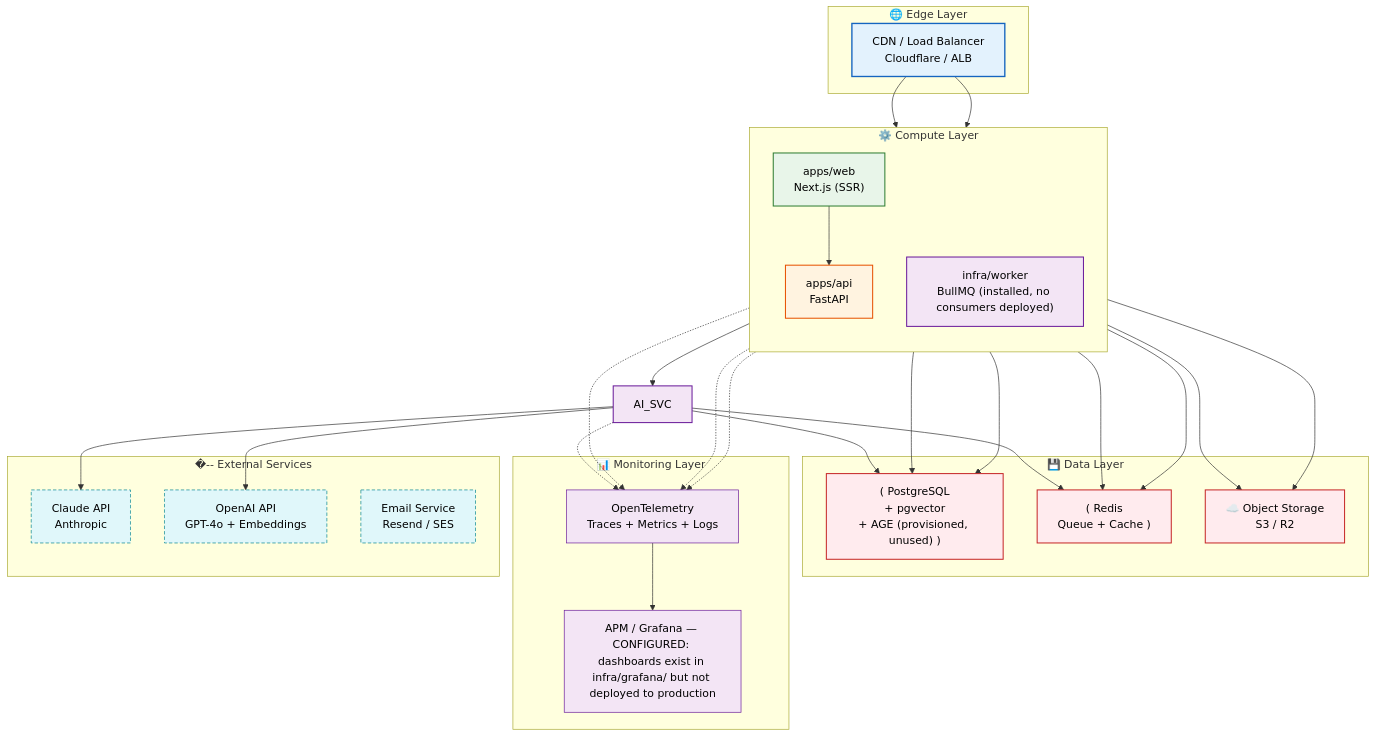
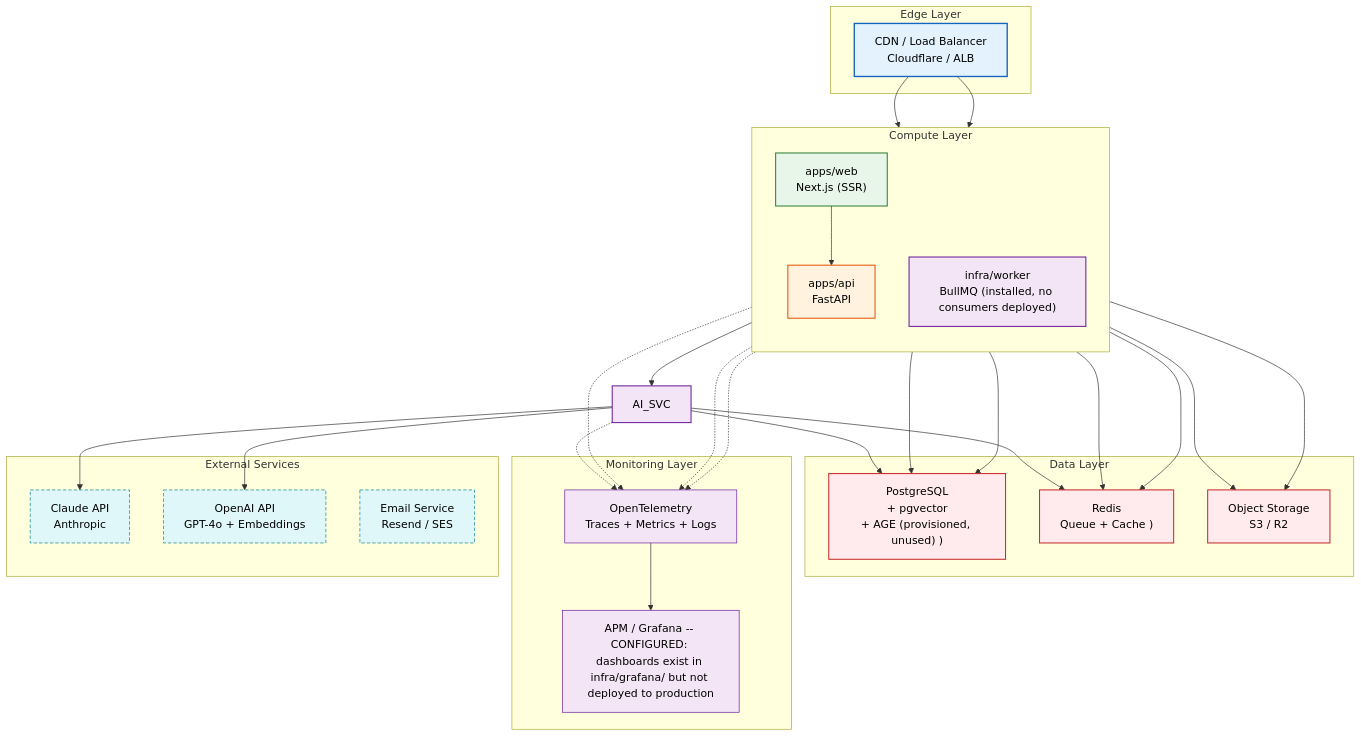
One commit to Driftloom/Vaeloom changed the diagram in docs/architecture/Infrastructure.md. Above: the diagram before and after it, drawn with Mermaid. The commit also changed other lines of this file and 694 other files, not shown here.

First line of the commit message:
docs: mermaid standardization — encoding/mermaid/duplicate cleanup

````diff
--- a/docs/architecture/Infrastructure.md
+++ b/docs/architecture/Infrastructure.md
@@ -8,57 +8,57 @@
 ```mermaid
 graph TD
-    classDef edge fill:#e3f2fd,stroke:#1565c0,color:#000,stroke-width:2px
-    classDef web fill:#e8f5e9,stroke:#2e7d32,color:#000,stroke-width:1.5px
-    classDef api fill:#fff3e0,stroke:#e65100,color:#000,stroke-width:1.5px
-    classDef ai fill:#f3e5f5,stroke:#6a1b9a,color:#000,stroke-width:1.5px
-    classDef infra fill:#ffebee,stroke:#c62828,color:#000,stroke-width:1.5px
-    classDef external fill:#e0f7fa,stroke:#00838f,color:#000,stroke-width:1px,stroke-dasharray: 5 3
-    classDef monitoring fill:#f3e5f5,stroke:#6a1b9a,color:#000,stroke-width:1px
+ classDef edge fill:#e3f2fd,stroke:#1565c0,color:#000,stroke-width:2px
+ classDef web fill:#e8f5e9,stroke:#2e7d32,color:#000,stroke-width:1.5px
+ classDef api fill:#fff3e0,stroke:#e65100,color:#000,stroke-width:1.5px
+ classDef ai fill:#f3e5f5,stroke:#6a1b9a,color:#000,stroke-width:1.5px
+ classDef infra fill:#ffebee,stroke:#c62828,color:#000,stroke-width:1.5px
+ classDef external fill:#e0f7fa,stroke:#00838f,color:#000,stroke-width:1px,stroke-dasharray: 5 3
+ classDef monitoring fill:#f3e5f5,stroke:#6a1b9a,color:#000,stroke-width:1px
 
-    subgraph Edge_layer["🌐 Edge Layer"]
-        LB["CDN / Load Balancer<br/>Cloudflare / ALB"]
-    end
+ subgraph Edge_layer["Edge Layer"]
+ LB["CDN / Load Balancer<br/>Cloudflare / ALB"]
+ end
 
-    subgraph Compute["⚙️ Compute Layer"]
-        direction TB
-        WEB["apps/web<br/>Next.js (SSR)"]
-        API["apps/api<br/>FastAPI"]
-        WORKER["infra/worker<br/>BullMQ (installed, no consumers deployed)"]
-    end
+ subgraph Compute["Compute Layer"]
+ direction TB
+ WEB["apps/web<br/>Next.js (SSR)"]
+ API["apps/api<br/>FastAPI"]
+ WORKER["infra/worker<br/>BullMQ (installed, no consumers deployed)"]
+ end
 
-    subgraph Data["💾 Data Layer"]
-        PG["( PostgreSQL<br/>+ pgvector<br/>+ AGE (provisioned, unused) )"]
-        REDIS["( Redis<br/>Queue + Cache )"]
-        S3["☁️ Object Storage<br/>S3 / R2"]
-    end
+ subgraph Data["Data Layer"]
+ PG["PostgreSQL<br/>+ pgvector<br/>+ AGE (provisioned, unused) )"]
+ REDIS["Redis<br/>Queue + Cache )"]
+ S3["Object Storage<br/>S3 / R2"]
+ end
 
-    subgraph Monitoring["📊 Monitoring Layer"]
-        OTEL["OpenTelemetry<br/>Traces + Metrics + Logs"]
-        APM["APM / Grafana — CONFIGURED: dashboards exist in infra/grafana/ but not deployed to production"]
-    end
+ subgraph Monitoring["Monitoring Layer"]
+ OTEL["OpenTelemetry<br/>Traces + Metrics + Logs"]
+ APM["APM / Grafana -- CONFIGURED: dashboards exist in infra/grafana/ but not deployed to production"]
+ end
 
-    subgraph External["�-- External Services"]
-        CLAUDE["Claude API<br/>Anthropic"]
-        OPENAI["OpenAI API<br/>GPT-4o + Embeddings"]
-        EMAIL["Email Service<br/>Resend / SES"]
-    end
+ subgraph External["External Services"]
+ CLAUDE["Claude API<br/>Anthropic"]
+ OPENAI["OpenAI API<br/>GPT-4o + Embeddings"]
+ EMAIL["Email Service<br/>Resend / SES"]
+ end
 
-    LB --> WEB & API
-    WEB --> API
-    API --> AI_SVC
-    AI_SVC --> CLAUDE & OPENAI
-    API --> PG & REDIS & S3
-    AI_SVC --> PG & REDIS
-    WORKER --> PG & REDIS & S3
-    WEB & API & AI_SVC & WORKER -.-> OTEL
-    OTEL --> APM
+ LB--> WEB & API
+ WEB--> API
+ API--> AI_SVC
+ AI_SVC--> CLAUDE & OPENAI
+ API--> PG & REDIS & S3
+ AI_SVC--> PG & REDIS
+ WORKER--> PG & REDIS & S3
+ WEB & API & AI_SVC & WORKER -.-> OTEL
+ OTEL--> APM
 
-    class LB edge
-    class WEB web
-    class API api
-    class AI_SVC,WORKER ai
-    class PG,REDIS,S3 infra
-    class OTEL,APM monitoring
-    class CLAUDE,OPENAI,EMAIL external
+ class LB edge
+ class WEB web
+ class API api
+ class AI_SVC,WORKER ai
+ class PG,REDIS,S3 infra
+ class OTEL,APM monitoring
+ class CLAUDE,OPENAI,EMAIL external
 
 ```
````
